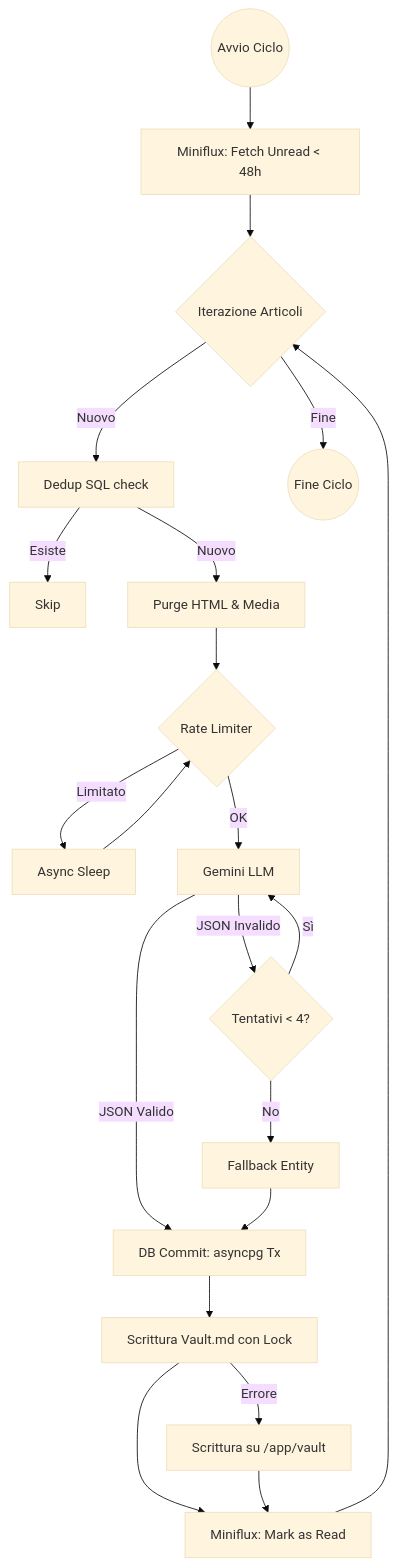
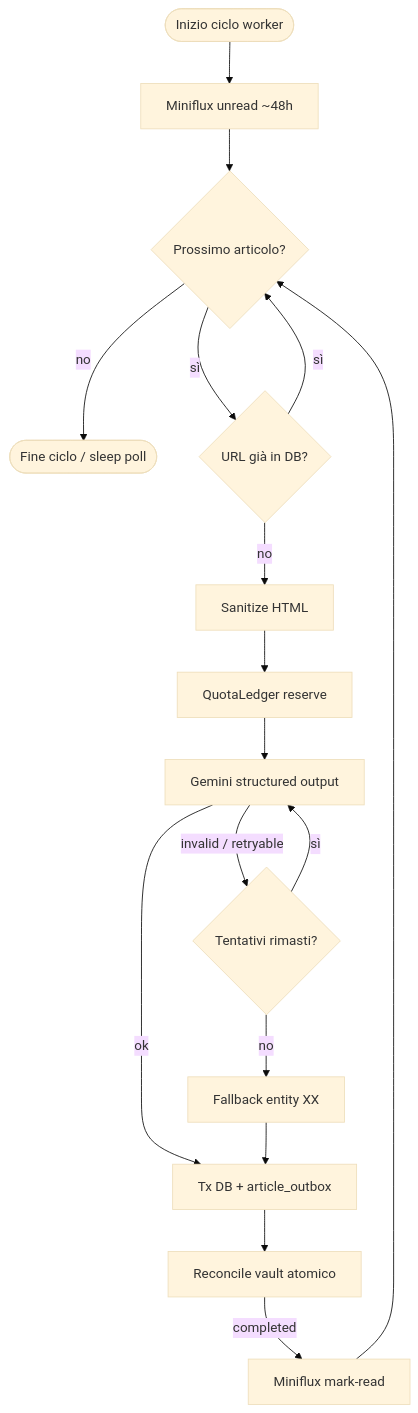
The diagram in docs/02_architecture_and_backend.md (JiraaG/Intelligence-Dashboard), drawn with Mermaid (base theme) before and after one commit. The commit also changed other lines of this file and 23 other files, not shown here.

````diff
--- a/docs/02_architecture_and_backend.md
+++ b/docs/02_architecture_and_backend.md
@@ -7,29 +16,19 @@
 ```mermaid
 flowchart TD
-    Start((Avvio Ciclo)) --> Fetch[Miniflux: Fetch Unread < 48h]
-    
-    Fetch --> ArticleLoop{Iterazione Articoli}
-    ArticleLoop -->|Nuovo| Dedup[Dedup SQL check]
-    ArticleLoop -->|Fine| End((Fine Ciclo))
-    
-    Dedup -->|Esiste| Skip[Skip]
-    Dedup -->|Nuovo| Sanitize[Purge HTML & Media]
-    
-    Sanitize --> Throttle{Rate Limiter}
-    Throttle -->|Limitato| Wait[Async Sleep] --> Throttle
-    Throttle -->|OK| LLM[Gemini LLM]
-    
-    LLM -->|JSON Invalido| Retry{Tentativi < 4?}
-    Retry -->|Sì| LLM
-    Retry -->|No| Fallback[Fallback Entity]
-    
-    LLM -->|JSON Valido| DB[DB Commit: asyncpg Tx]
-    Fallback --> DB
-    
-    DB --> Vault[Scrittura Vault.md con Lock]
-    Vault -->|Errore| FallbackVault[Scrittura su /app/vault]
-    Vault --> MarkRead[Miniflux: Mark as Read]
-    FallbackVault --> MarkRead
-    
-    MarkRead --> ArticleLoop
+  Start([Inizio ciclo worker]) --> Fetch[Miniflux unread ~48h]
+  Fetch --> Loop{Prossimo articolo?}
+  Loop -->|no| Done([Fine ciclo / sleep poll])
+  Loop -->|sì| Dedup{URL già in DB?}
+  Dedup -->|sì| Loop
+  Dedup -->|no| Parse[Sanitize HTML]
+  Parse --> Quota[QuotaLedger reserve]
+  Quota --> LLM[Gemini structured output]
+  LLM -->|invalid / retryable| Retry{Tentativi rimasti?}
+  Retry -->|sì| LLM
+  Retry -->|no| Fallback[Fallback entity XX]
+  LLM -->|ok| Commit[Tx DB + article_outbox]
+  Fallback --> Commit
+  Commit --> Vault[Reconcile vault atomico]
+  Vault -->|completed| Mark[Miniflux mark-read]
+  Mark --> Loop
 ```
````
